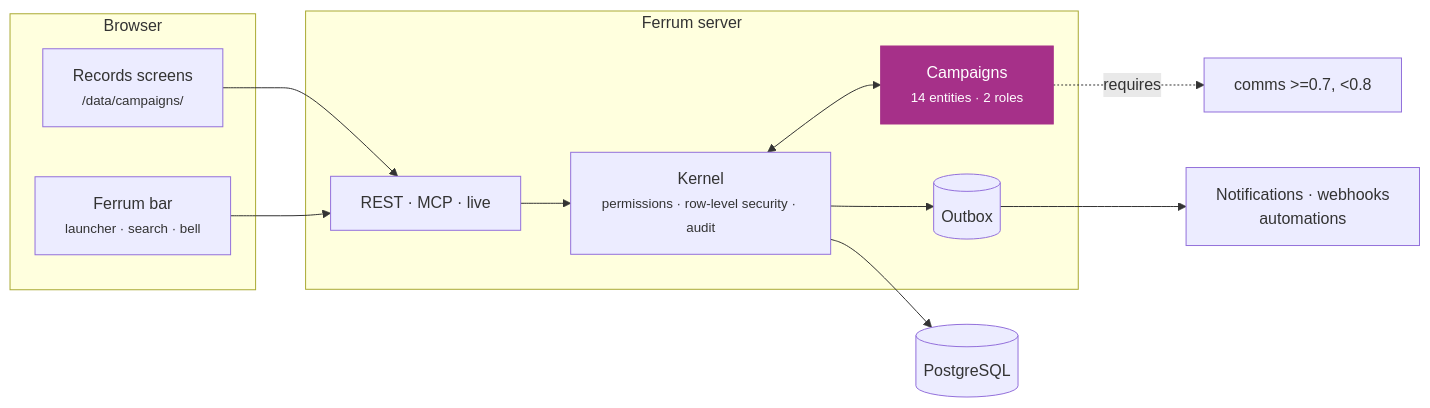
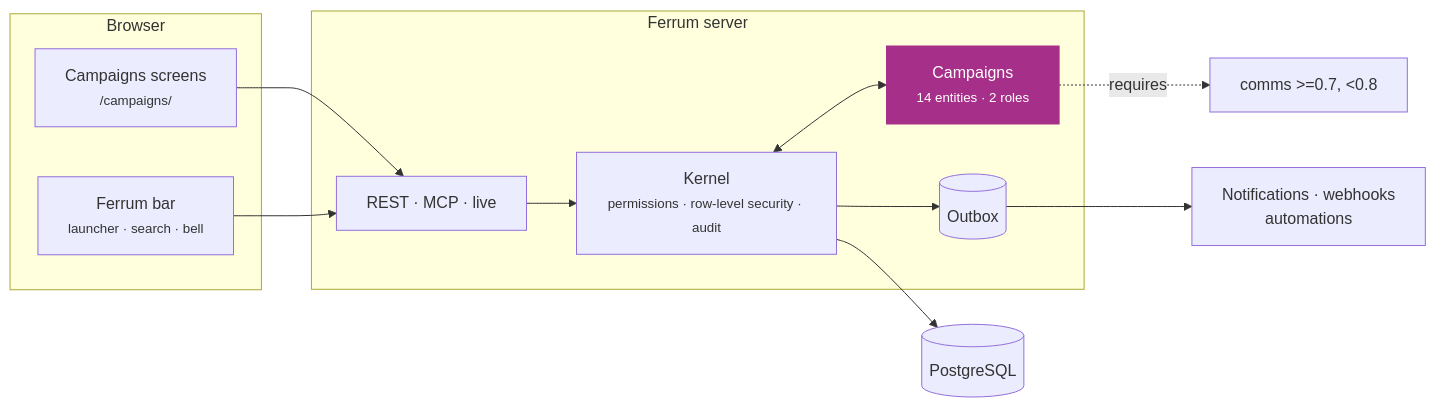
One commit to CBFerrum/ferrum-app-campaigns changed the second of 3 diagrams in README.md. Above: the diagram before and after it, drawn with Mermaid. The commit also changed other lines of this file and 1 other file, not shown here.

Commit message:
Campaigns 0.2.0: README and changelog for the interface

````diff
--- a/README.md
+++ b/README.md
@@ -115,21 +115,21 @@
 ```mermaid
 flowchart LR
     subgraph Browser
-        UI["Records screens<br/><small>/data/campaigns/</small>"]
+        UI["Campaigns screens<br/><small>/campaigns/</small>"]
         BAR["Ferrum bar<br/><small>launcher · search · bell</small>"]
     end
     subgraph Server["Ferrum server"]
         API["REST · MCP · live"]
         K["Kernel<br/><small>permissions · row-level security · audit</small>"]
         APP["Campaigns<br/><small>14 entities · 2 roles</small>"]
         OB[("Outbox")]
     end
     DB[("PostgreSQL")]
     UI --> API --> K --> DB
     BAR --> API
     K <--> APP
     K --> OB --> EV["Notifications · webhooks<br/>automations"]
     APP -. requires .-> D0["comms >=0.7, <0.8"]
     classDef app fill:#a63089,color:#fff,stroke:#a63089
     class APP app
 ```
````
